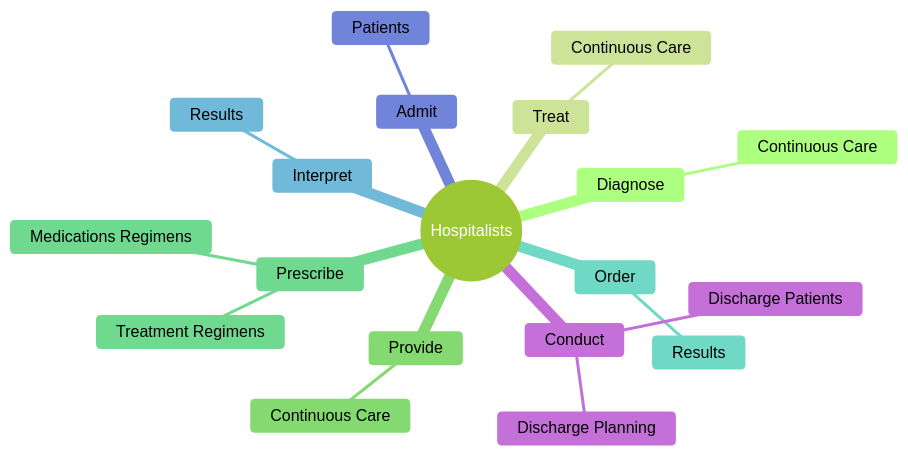
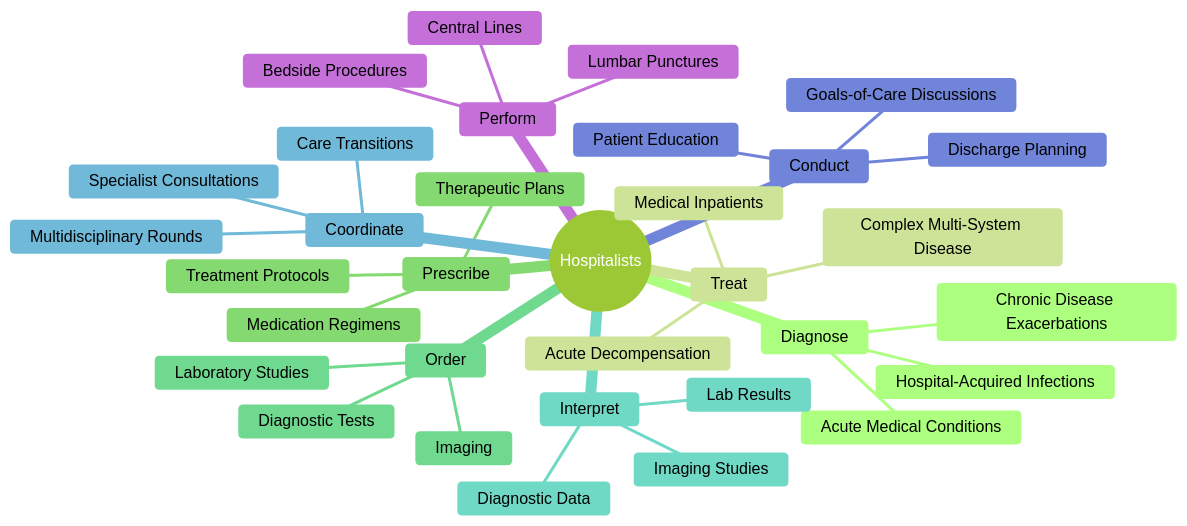
Before and after one commit to kziemski/business.org.ai: the second of 4 diagrams in occupations/HealthcarePractitioners/Hospitalists.mdx, drawn with Mermaid (forest theme). The commit also changed other lines of this file and 938 other files, not shown here.

````diff
--- a/occupations/HealthcarePractitioners/Hospitalists.mdx
+++ b/occupations/HealthcarePractitioners/Hospitalists.mdx
@@ -38,22 +46,36 @@
 ```mermaid
 mindmap
     root(("Hospitalists"))
         Diagnose
-            Continuous Care
+            Acute Medical Conditions
+            Chronic Disease Exacerbations
+            Hospital-Acquired Infections
         Treat
-            Continuous Care
-        Provide
-            Continuous Care
+            Medical Inpatients
+            Complex Multi-System Disease
+            Acute Decompensation
         Prescribe
-            Medications Regimens
-            Treatment Regimens
+            Medication Regimens
+            Treatment Protocols
+            Therapeutic Plans
         Order
-            Results
+            Diagnostic Tests
+            Laboratory Studies
+            Imaging
         Interpret
-            Results
-        Admit
-            Patients
+            Lab Results
+            Imaging Studies
+            Diagnostic Data
+        Coordinate
+            Specialist Consultations
+            Multidisciplinary Rounds
+            Care Transitions
         Conduct
             Discharge Planning
-            Discharge Patients
+            Patient Education
+            Goals-of-Care Discussions
+        Perform
+            Bedside Procedures
+            Central Lines
+            Lumbar Punctures
 ```
````
